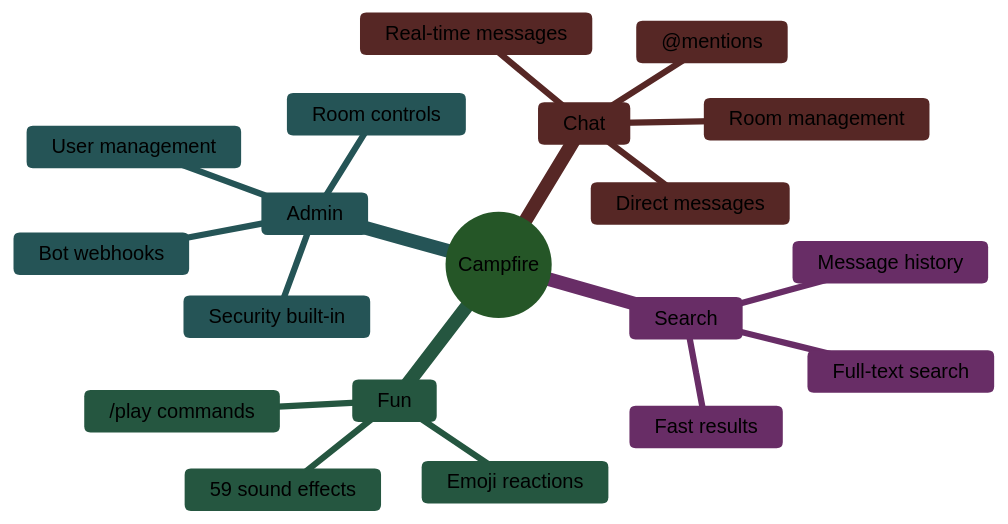
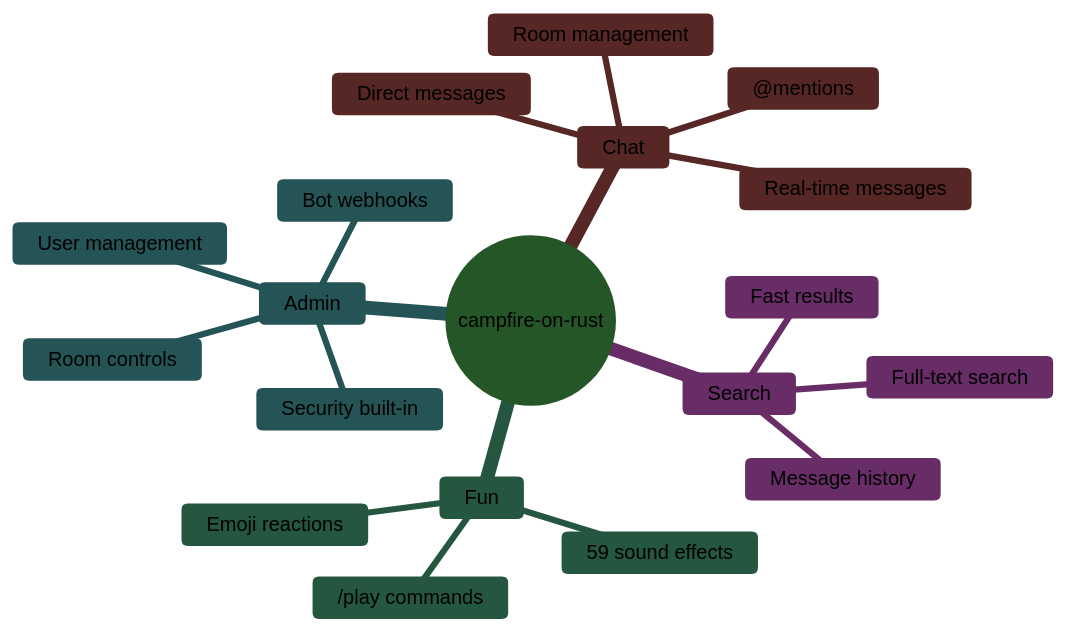
The third of 6 diagrams in README.md (that-in-rust/campfire-on-rust), drawn with Mermaid before and after one commit. The commit also changed other lines of this file and 19 other files, not shown here.

````diff
--- a/README.md
+++ b/README.md
@@ -80,23 +80,23 @@
 ```mermaid
 %%{init: {'theme':'base', 'themeVariables': {'primaryColor':'#4caf50','primaryTextColor':'#000000','primaryBorderColor':'#4caf50','lineColor':'#333333'}}}%%
 mindmap
-  root((Campfire))
+  root((campfire-on-rust))
     Chat
       Real-time messages
       @mentions
       Room management
       Direct messages
     Search
       Full-text search
       Message history
       Fast results
     Fun
       59 sound effects
       /play commands
       Emoji reactions
     Admin
       User management
       Room controls
       Bot webhooks
       Security built-in
 ```
````
